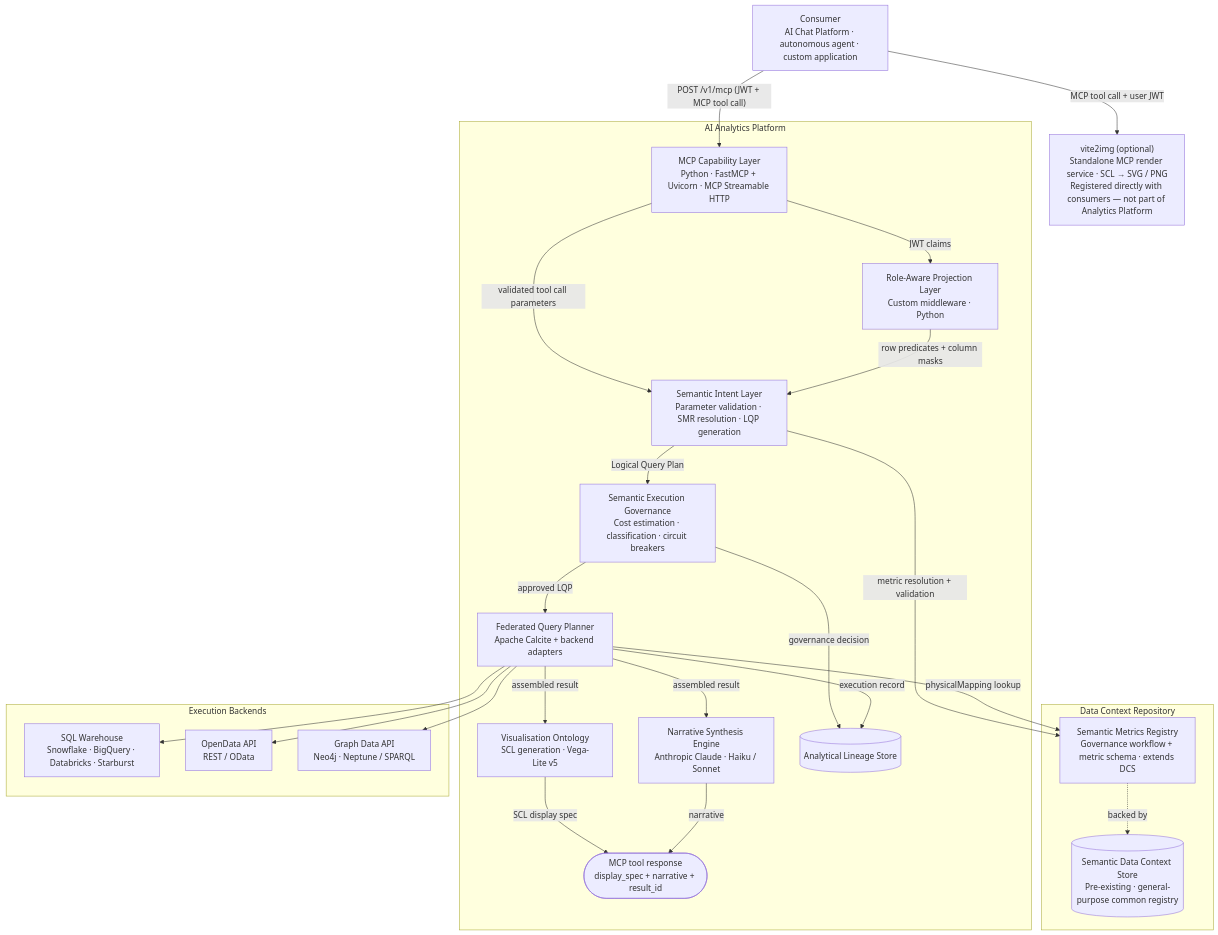
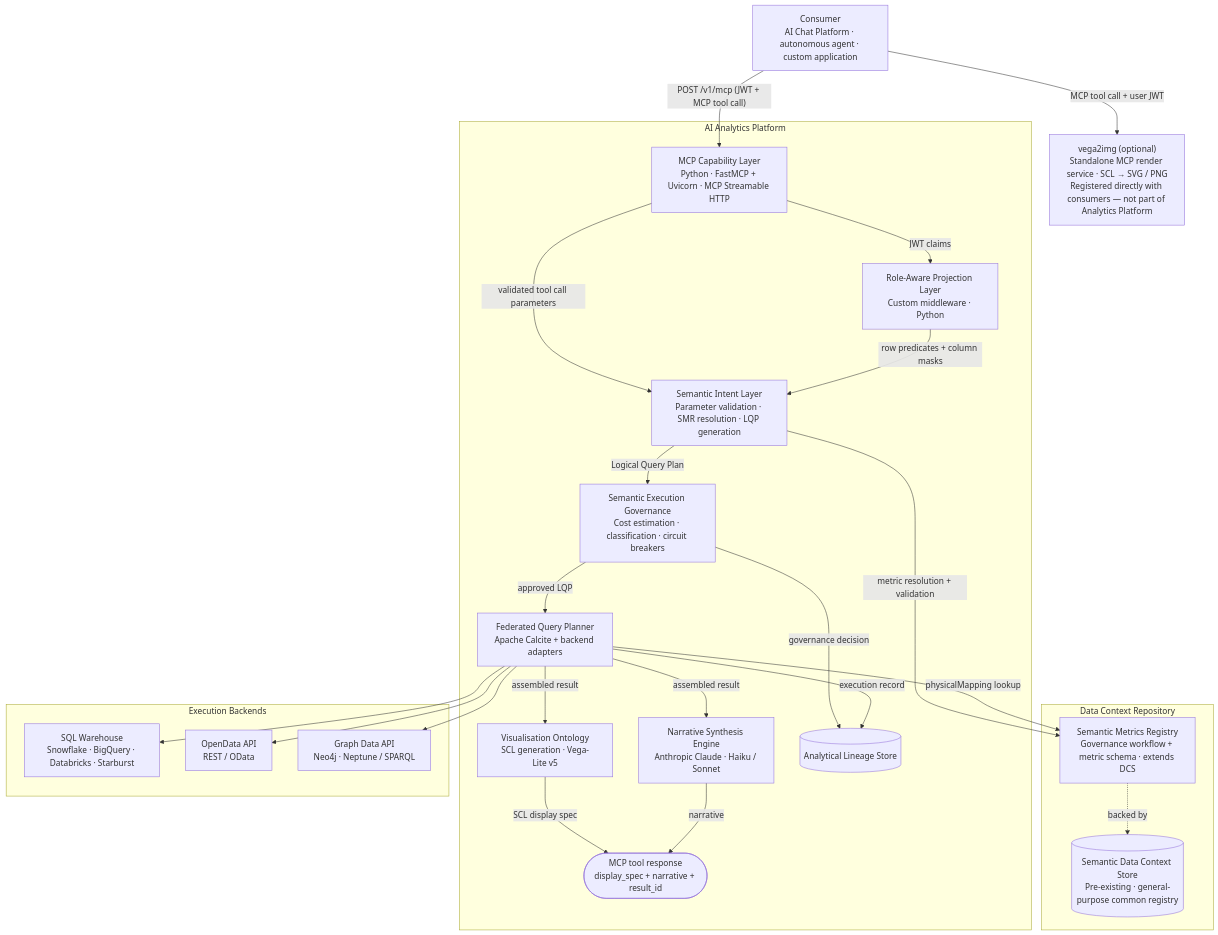
Before and after one commit to M-A-Operating-System/shared-work: the diagram in docs/product/analytics/05-technical-implementation.md, drawn with Mermaid. The commit also changed other lines of this file, not shown here.

First line of the commit message:
docs(analytics): rename vite2img to vega2img

````diff
--- a/docs/product/analytics/05-technical-implementation.md
+++ b/docs/product/analytics/05-technical-implementation.md
@@ -11,47 +11,47 @@
 ```mermaid
 flowchart TD
     Consumer["Consumer\nAI Chat Platform · autonomous agent · custom application"]
 
     subgraph analytics["AI Analytics Platform"]
         MCP["MCP Capability Layer\nPython · FastMCP + Uvicorn · MCP Streamable HTTP"]
         SIL["Semantic Intent Layer\nParameter validation · SMR resolution · LQP generation"]
         RAPL["Role-Aware Projection Layer\nCustom middleware · Python"]
         SEG["Semantic Execution Governance\nCost estimation · classification · circuit breakers"]
         FQP["Federated Query Planner\nApache Calcite + backend adapters"]
         VO["Visualisation Ontology\nSCL generation · Vega-Lite v5"]
         NSE["Narrative Synthesis Engine\nAnthropic Claude · Haiku / Sonnet"]
         LS[("Analytical Lineage Store")]
         Result(["MCP tool response\ndisplay_spec + narrative + result_id"])
     end
 
-    vite2img["vite2img (optional)\nStandalone MCP render service · SCL → SVG / PNG\nRegistered directly with consumers — not part of Analytics Platform"]
+    vega2img["vega2img (optional)\nStandalone MCP render service · SCL → SVG / PNG\nRegistered directly with consumers — not part of Analytics Platform"]
 
     subgraph dcr["Data Context Repository"]
         SMR["Semantic Metrics Registry\nGovernance workflow + metric schema · extends DCS"]
         DCS[("Semantic Data Context Store\nPre-existing · general-purpose common registry")]
         SMR -. backed by .-> DCS
     end
 
     subgraph backends["Execution Backends"]
         SQL["SQL Warehouse\nSnowflake · BigQuery · Databricks · Starburst"]
         ODA["OpenData API\nREST / OData"]
         GDA["Graph Data API\nNeo4j · Neptune / SPARQL"]
     end
 
     Consumer -->|"POST /v1/mcp (JWT + MCP tool call)"| MCP
-    Consumer -->|"MCP tool call + user JWT"| vite2img
+    Consumer -->|"MCP tool call + user JWT"| vega2img
     MCP -->|"validated tool call parameters"| SIL
     MCP -->|"JWT claims"| RAPL
     RAPL -->|"row predicates + column masks"| SIL
     SIL -->|"metric resolution + validation"| SMR
     SIL -->|"Logical Query Plan"| SEG
     SEG -->|"approved LQP"| FQP
     SEG -->|"governance decision"| LS
     FQP -->|"physicalMapping lookup"| SMR
     FQP --> SQL & ODA & GDA
     FQP -->|"execution record"| LS
     FQP -->|"assembled result"| VO
     FQP -->|"assembled result"| NSE
     VO -->|"SCL display spec"| Result
     NSE -->|"narrative"| Result
 ```
````
